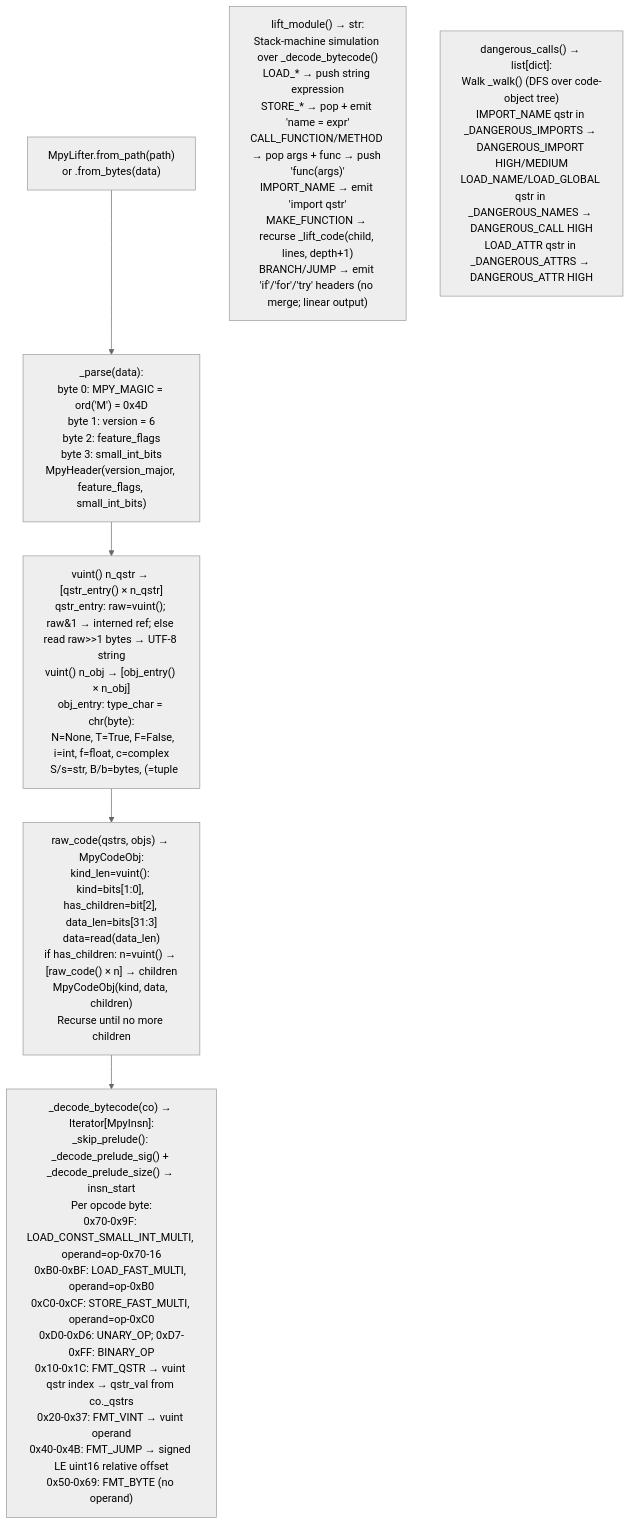
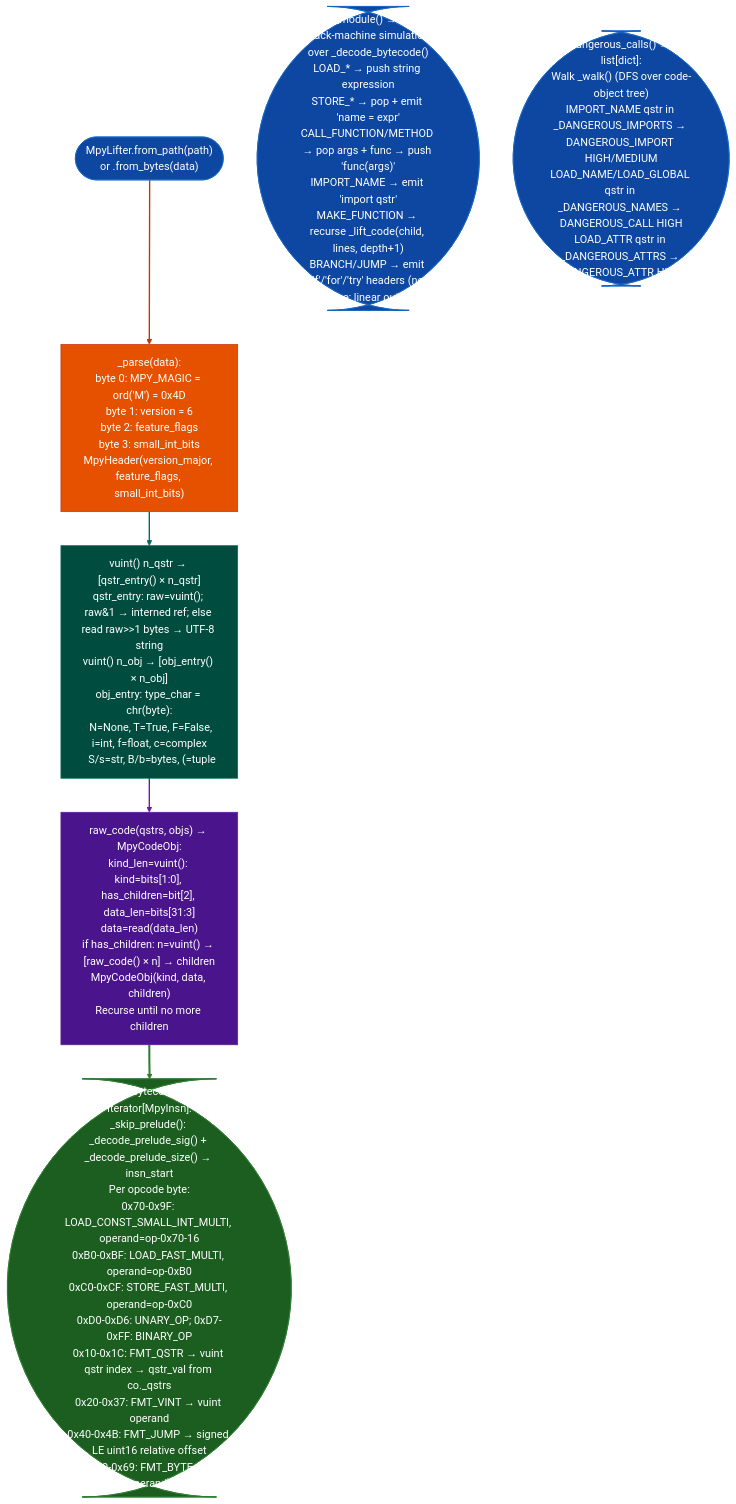
One commit to Ablation-Tool/ablation changed the diagram in docs/reference-modules/micropython-mpy-lifter.md. Above: the diagram before and after it, drawn with Mermaid (neutral theme). The commit also changed 320 other files, not shown here.

First line of the commit message:
docs: apply canonical Mermaid template to all 321 diagrams

````diff
--- a/docs/reference-modules/micropython-mpy-lifter.md
+++ b/docs/reference-modules/micropython-mpy-lifter.md
@@ -19,9 +19,19 @@
 ```mermaid
 flowchart TD
-    A["MpyLifter.from_path(path)\nor .from_bytes(data)"] --> B["_parse(data):\nbyte 0: MPY_MAGIC = ord('M') = 0x4D\nbyte 1: version = 6\nbyte 2: feature_flags\nbyte 3: small_int_bits\nMpyHeader(version_major, feature_flags, small_int_bits)"]
-    B --> C["vuint() n_qstr → [qstr_entry() × n_qstr]\nqstr_entry: raw=vuint(); raw&1 → interned ref; else read raw>>1 bytes → UTF-8 string\nvuint() n_obj → [obj_entry() × n_obj]\nobj_entry: type_char = chr(byte):\n  N=None, T=True, F=False, i=int, f=float, c=complex\n  S/s=str, B/b=bytes, (=tuple"]
-    C --> D["raw_code(qstrs, objs) → MpyCodeObj:\nkind_len=vuint(): kind=bits[1:0], has_children=bit[2], data_len=bits[31:3]\ndata=read(data_len)\nif has_children: n=vuint() → [raw_code() × n] → children\nMpyCodeObj(kind, data, children)\nRecurse until no more children"]
-    D --> E["_decode_bytecode(co) → Iterator[MpyInsn]:\n_skip_prelude(): _decode_prelude_sig() + _decode_prelude_size() → insn_start\nPer opcode byte:\n0x70-0x9F: LOAD_CONST_SMALL_INT_MULTI, operand=op-0x70-16\n0xB0-0xBF: LOAD_FAST_MULTI, operand=op-0xB0\n0xC0-0xCF: STORE_FAST_MULTI, operand=op-0xC0\n0xD0-0xD6: UNARY_OP; 0xD7-0xFF: BINARY_OP\n0x10-0x1C: FMT_QSTR → vuint qstr index → qstr_val from co._qstrs\n0x20-0x37: FMT_VINT → vuint operand\n0x40-0x4B: FMT_JUMP → signed LE uint16 relative offset\n0x50-0x69: FMT_BYTE (no operand)"]
-    F["lift_module() → str:\nStack-machine simulation over _decode_bytecode()\nLOAD_* → push string expression\nSTORE_* → pop + emit 'name = expr'\nCALL_FUNCTION/METHOD → pop args + func → push 'func(args)'\nIMPORT_NAME → emit 'import qstr'\nMAKE_FUNCTION → recurse _lift_code(child, lines, depth+1)\nBRANCH/JUMP → emit 'if'/'for'/'try' headers (no merge; linear output)"]
-    G["dangerous_calls() → list[dict]:\nWalk _walk() (DFS over code-object tree)\nIMPORT_NAME qstr in _DANGEROUS_IMPORTS → DANGEROUS_IMPORT HIGH/MEDIUM\nLOAD_NAME/LOAD_GLOBAL qstr in _DANGEROUS_NAMES → DANGEROUS_CALL HIGH\nLOAD_ATTR qstr in _DANGEROUS_ATTRS → DANGEROUS_ATTR HIGH"]
+    A(["MpyLifter.from_path(path)\nor .from_bytes(data)"]):::input --> B["_parse(data):\nbyte 0: MPY_MAGIC = ord('M') = 0x4D\nbyte 1: version = 6\nbyte 2: feature_flags\nbyte 3: small_int_bits\nMpyHeader(version_major, feature_flags, small_int_bits)"]:::primary
+    B:::primary --> C["vuint() n_qstr → [qstr_entry() × n_qstr]\nqstr_entry: raw=vuint(); raw&1 → interned ref; else read raw>>1 bytes → UTF-8 string\nvuint() n_obj → [obj_entry() × n_obj]\nobj_entry: type_char = chr(byte):\n  N=None, T=True, F=False, i=int, f=float, c=complex\n  S/s=str, B/b=bytes, (=tuple"]:::secondary
+    C:::secondary --> D["raw_code(qstrs, objs) → MpyCodeObj:\nkind_len=vuint(): kind=bits[1:0], has_children=bit[2], data_len=bits[31:3]\ndata=read(data_len)\nif has_children: n=vuint() → [raw_code() × n] → children\nMpyCodeObj(kind, data, children)\nRecurse until no more children"]:::tertiary
+    D:::tertiary --> E(["_decode_bytecode(co) → Iterator[MpyInsn]:\n_skip_prelude(): _decode_prelude_sig() + _decode_prelude_size() → insn_start\nPer opcode byte:\n0x70-0x9F: LOAD_CONST_SMALL_INT_MULTI, operand=op-0x70-16\n0xB0-0xBF: LOAD_FAST_MULTI, operand=op-0xB0\n0xC0-0xCF: STORE_FAST_MULTI, operand=op-0xC0\n0xD0-0xD6: UNARY_OP; 0xD7-0xFF: BINARY_OP\n0x10-0x1C: FMT_QSTR → vuint qstr index → qstr_val from co._qstrs\n0x20-0x37: FMT_VINT → vuint operand\n0x40-0x4B: FMT_JUMP → signed LE uint16 relative offset\n0x50-0x69: FMT_BYTE (no operand)"]):::output
+    F(["lift_module() → str:\nStack-machine simulation over _decode_bytecode()\nLOAD_* → push string expression\nSTORE_* → pop + emit 'name = expr'\nCALL_FUNCTION/METHOD → pop args + func → push 'func(args)'\nIMPORT_NAME → emit 'import qstr'\nMAKE_FUNCTION → recurse _lift_code(child, lines, depth+1)\nBRANCH/JUMP → emit 'if'/'for'/'try' headers (no merge; linear output)"]):::input
+    G(["dangerous_calls() → list[dict]:\nWalk _walk() (DFS over code-object tree)\nIMPORT_NAME qstr in _DANGEROUS_IMPORTS → DANGEROUS_IMPORT HIGH/MEDIUM\nLOAD_NAME/LOAD_GLOBAL qstr in _DANGEROUS_NAMES → DANGEROUS_CALL HIGH\nLOAD_ATTR qstr in _DANGEROUS_ATTRS → DANGEROUS_ATTR HIGH"]):::input
+    classDef input     fill:#0d47a1,stroke:#1565c0,color:#fff
+    classDef primary   fill:#e65100,stroke:#bf360c,color:#fff
+    classDef secondary fill:#004d40,stroke:#00695c,color:#fff
+    classDef tertiary  fill:#4a148c,stroke:#6a1b9a,color:#fff
+    classDef neutral   fill:#37474f,stroke:#546e7a,color:#fff
+    classDef output    fill:#1b5e20,stroke:#2e7d32,color:#fff
+    linkStyle 0 stroke:#bf360c,stroke-width:2px
+    linkStyle 1 stroke:#00695c,stroke-width:2px
+    linkStyle 2 stroke:#6a1b9a,stroke-width:2px
+    linkStyle 3 stroke:#2e7d32,stroke-width:3px
 ```
````
